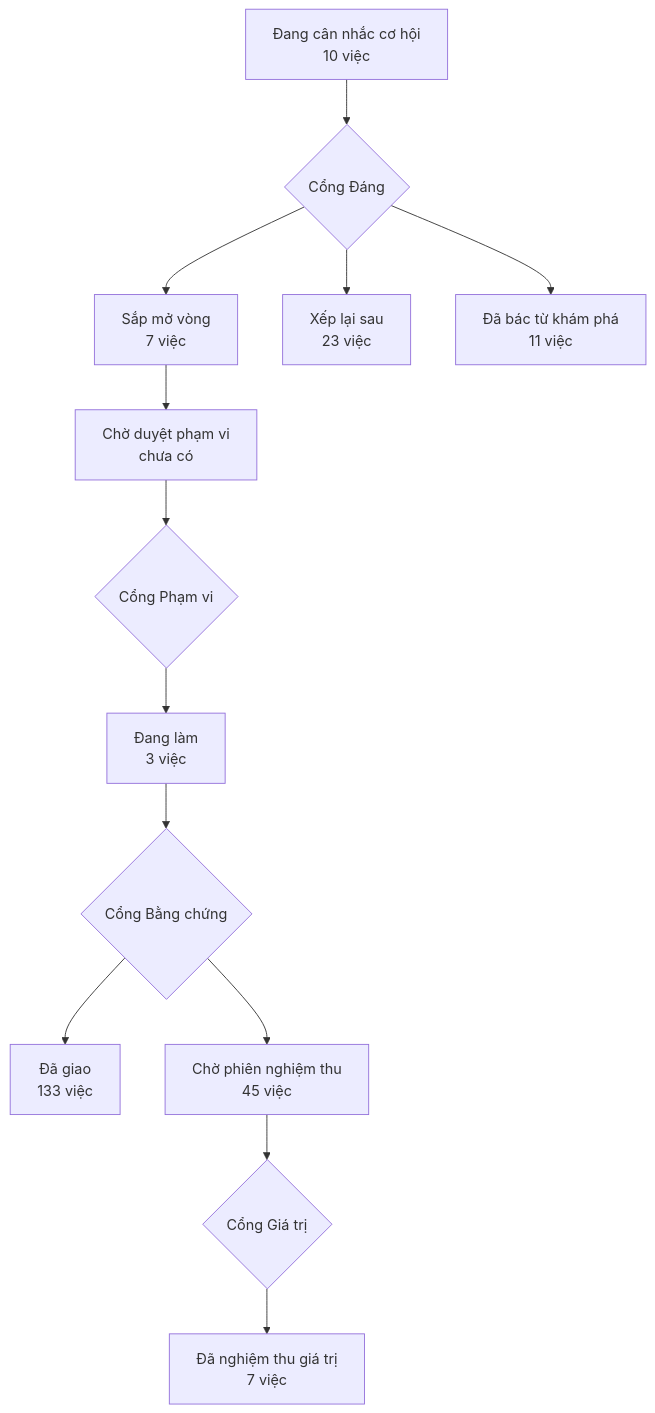
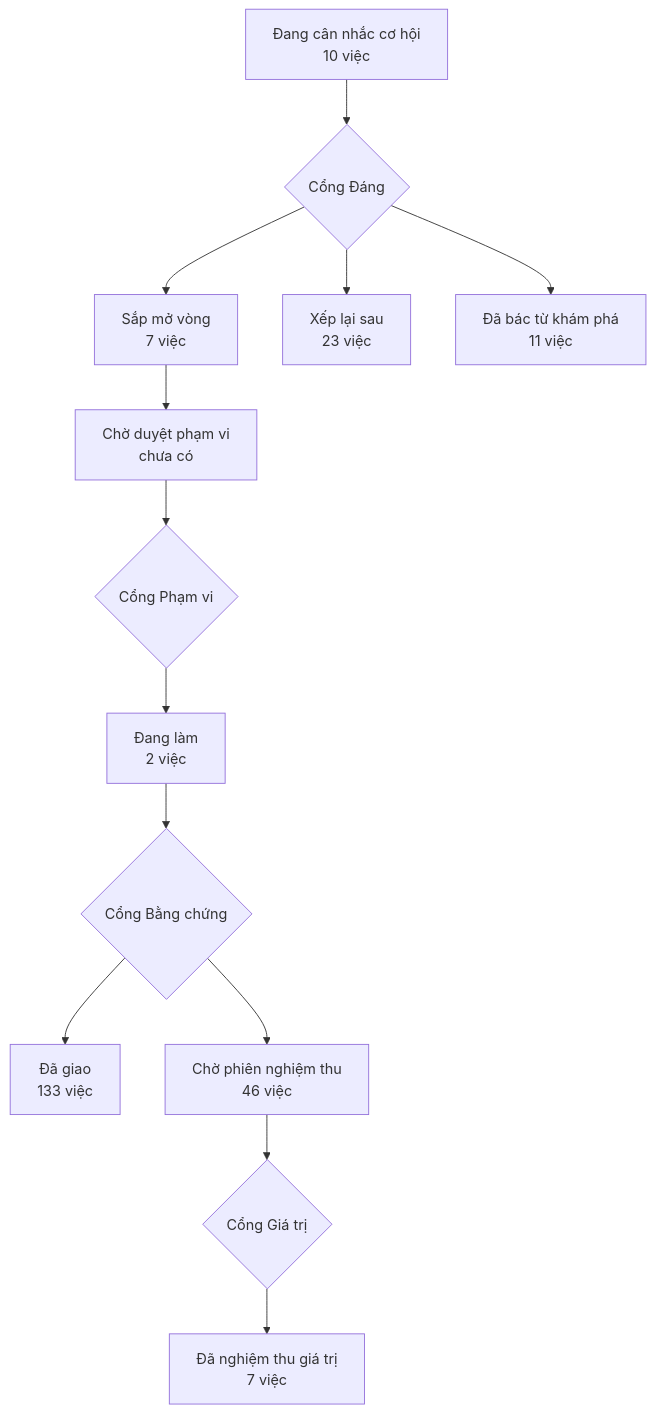
One commit to phanlemanh/acceptance-gate-kit changed the diagram in PRODUCT-MAP.md. Above: the diagram before and after it, drawn with Mermaid. The commit also changed 6 other files, not shown here.

````diff
--- a/PRODUCT-MAP.md
+++ b/PRODUCT-MAP.md
@@ -7,12 +7,12 @@
 ```mermaid
 flowchart TD
   A["Đang cân nhắc cơ hội<br/>10 việc"] --> GD{"Cổng Đáng"}
   GD --> B["Sắp mở vòng<br/>7 việc"]
   GD --> XL["Xếp lại sau<br/>23 việc"]
   GD --> DB["Đã bác từ khám phá<br/>11 việc"]
   B --> CD["Chờ duyệt phạm vi<br/>chưa có"] --> GP{"Cổng Phạm vi"}
-  GP --> DL["Đang làm<br/>3 việc"] --> GB{"Cổng Bằng chứng"}
+  GP --> DL["Đang làm<br/>2 việc"] --> GB{"Cổng Bằng chứng"}
   GB --> DG["Đã giao<br/>133 việc"]
-  GB --> CN["Chờ phiên nghiệm thu<br/>45 việc"] --> GG{"Cổng Giá trị"}
+  GB --> CN["Chờ phiên nghiệm thu<br/>46 việc"] --> GG{"Cổng Giá trị"}
   GG --> NT["Đã nghiệm thu giá trị<br/>7 việc"]
 ```
````
